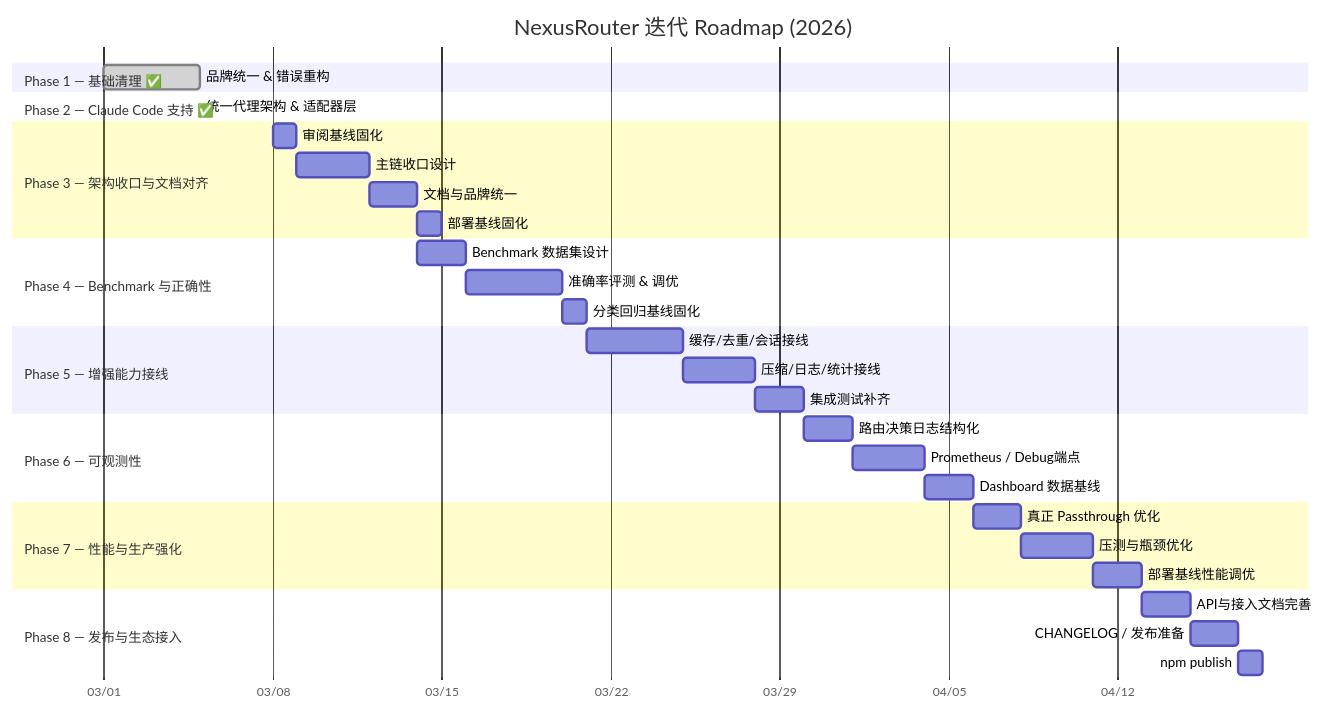
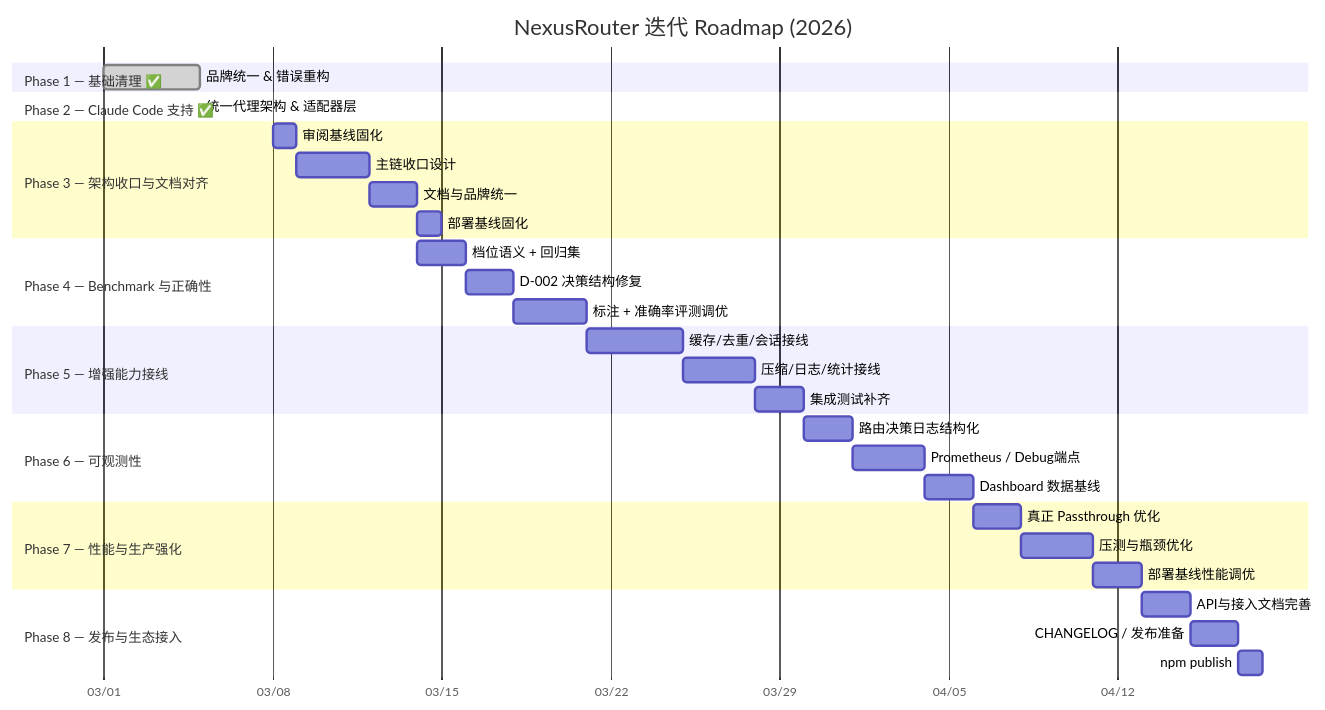
The first of 2 diagrams in ROADMAP.md (NeoxNexus/NexusRouter), drawn with Mermaid before and after one commit. The commit also changed other lines of this file and 9 other files, not shown here.

````diff
--- a/ROADMAP.md
+++ b/ROADMAP.md
@@ -10,43 +11,43 @@
 ```mermaid
 gantt
     title NexusRouter 迭代 Roadmap (2026)
     dateFormat YYYY-MM-DD
     axisFormat %m/%d
 
     section Phase 1 — 基础清理 ✅
     品牌统一 & 错误重构      :done, p1, 2026-03-01, 2026-03-05
 
     section Phase 2 — Claude Code 支持 ✅
     统一代理架构 & 适配器层  :done, p2, 2026-03-05, 2026-03-05
 
     section Phase 3 — 架构收口与文档对齐
     审阅基线固化             :p3a, 2026-03-08, 1d
     主链收口设计             :p3b, after p3a, 3d
     文档与品牌统一           :p3c, after p3b, 2d
     部署基线固化             :p3d, after p3c, 1d
 
     section Phase 4 — Benchmark 与正确性
-    Benchmark 数据集设计     :p4a, after p3c, 2d
-    准确率评测 & 调优        :p4b, after p4a, 4d
-    分类回归基线固化         :p4c, after p4b, 1d
+    档位语义 + 回归集         :p4a, after p3c, 2d
+    D-002 决策结构修复        :p4b, after p4a, 2d
+    标注 + 准确率评测调优     :p4c, after p4b, 3d
 
     section Phase 5 — 增强能力接线
     缓存/去重/会话接线       :p5a, after p4c, 4d
     压缩/日志/统计接线       :p5b, after p5a, 3d
     集成测试补齐             :p5c, after p5b, 2d
 
     section Phase 6 — 可观测性
     路由决策日志结构化       :p6a, after p5c, 2d
     Prometheus / Debug端点   :p6b, after p6a, 3d
     Dashboard 数据基线       :p6c, after p6b, 2d
 
     section Phase 7 — 性能与生产强化
     真正 Passthrough 优化    :p7a, after p6c, 2d
     压测与瓶颈优化           :p7b, after p7a, 3d
     部署基线性能调优         :p7c, after p7b, 2d
 
     section Phase 8 — 发布与生态接入
     API与接入文档完善        :p8a, after p7c, 2d
     CHANGELOG / 发布准备      :p8b, after p8a, 2d
     npm publish              :p8c, after p8b, 1d
 ```
````
